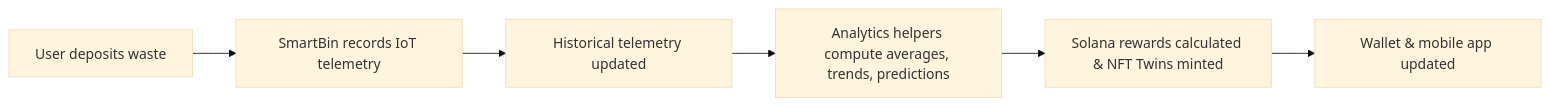
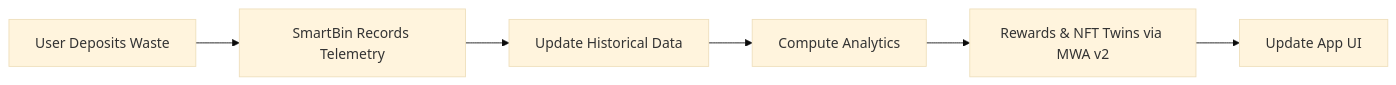
The sixth of 8 diagrams in apps/mobile/README.md (PolymersNetwork/polymers-protocol), drawn with Mermaid (base theme) before and after one commit. The commit also changed other lines of this file, not shown here.

````diff
--- a/apps/mobile/README.md
+++ b/apps/mobile/README.md
@@ -120,8 +197,8 @@
 ```mermaid
 graph LR
-    A[User deposits waste] --> B[SmartBin records IoT telemetry]
-    B --> C[Historical telemetry updated]
-    C --> D[Analytics helpers compute averages, trends, predictions]
-    D --> E[Solana rewards calculated & NFT Twins minted]
-    E --> F[Wallet & mobile app updated]
+    A[User Deposits Waste] --> B[SmartBin Records Telemetry]
+    B --> C[Update Historical Data]
+    C --> D[Compute Analytics]
+    D --> E[Rewards & NFT Twins via MWA v2]
+    E --> F[Update App UI]
 ```
````
